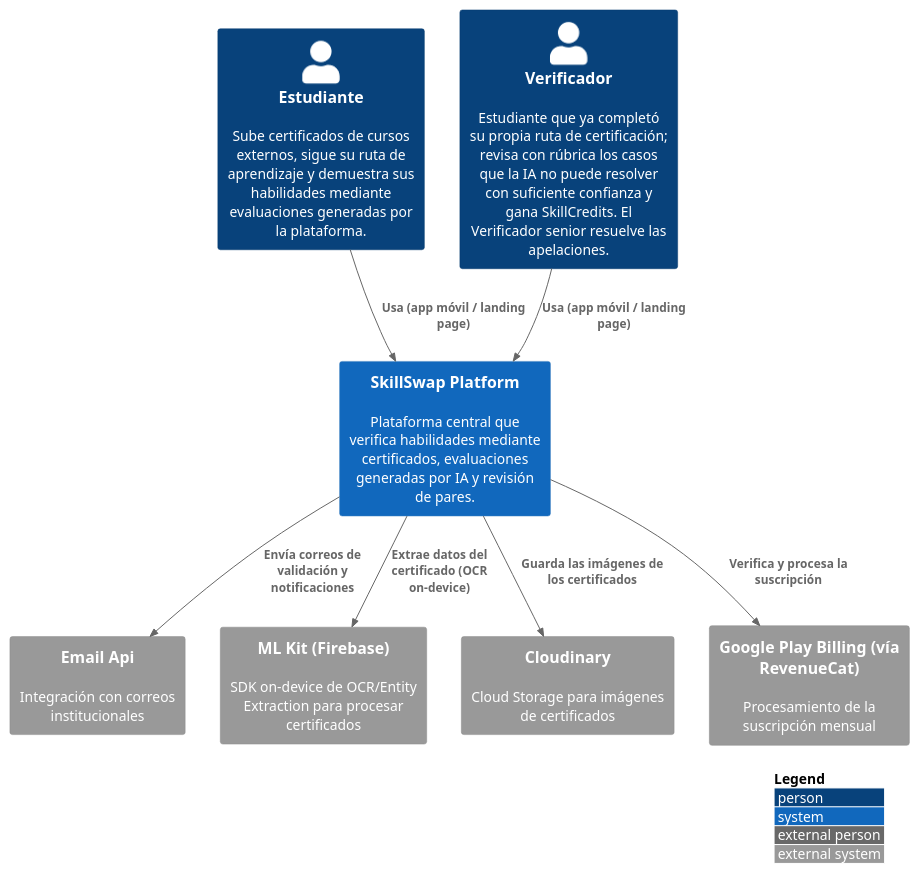
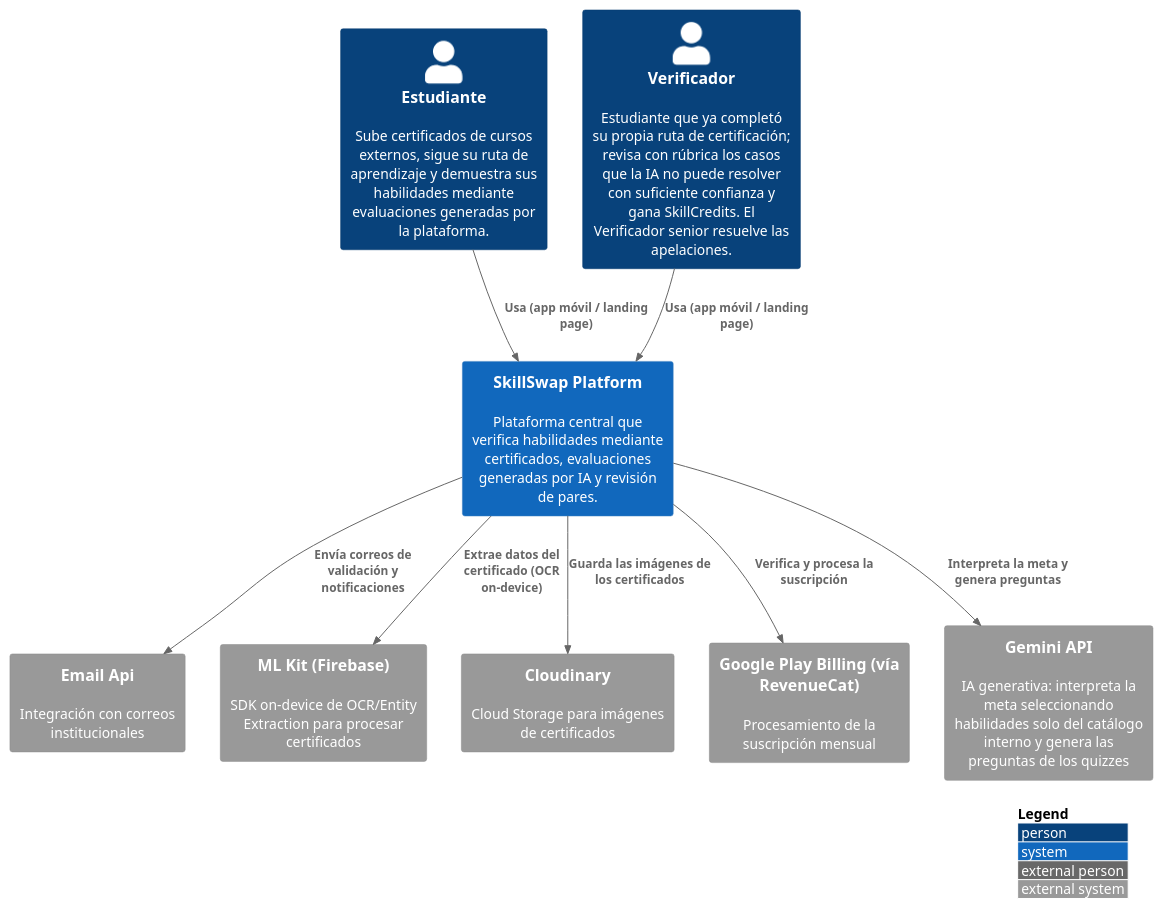
One commit to Aplicaciones-Dispositivos-Moviles/SkillSwap-ProjectReport changed the diagram in DB&C4/System_Context_Diagram.puml. Above: the diagram before and after it, drawn with PlantUML. The commit also changed 32 other files, not shown here.

First line of the commit message:
docs(images): regenerate C4, context map and class diagrams from updated PlantUML sources

```diff
--- a/DB&C4/System_Context_Diagram.puml
+++ b/DB&C4/System_Context_Diagram.puml
@@ -1,24 +1,26 @@
 @startuml SkillSwapSystemContext
 !include https://raw.githubusercontent.com/plantuml-stdlib/C4-PlantUML/master/C4_Context.puml
 
 LAYOUT_WITH_LEGEND()
 
 Person(student, "Estudiante", "Sube certificados de cursos externos, sigue su ruta de aprendizaje y demuestra sus habilidades mediante evaluaciones generadas por la plataforma.")
 Person(verifier, "Verificador", "Estudiante que ya completó su propia ruta de certificación; revisa con rúbrica los casos que la IA no puede resolver con suficiente confianza y gana SkillCredits. El Verificador senior resuelve las apelaciones.")
 
 System(skillSwapSystem, "SkillSwap Platform", "Plataforma central que verifica habilidades mediante certificados, evaluaciones generadas por IA y revisión de pares.")
 
 System_Ext(emailService, "Email Api", "Integración con correos institucionales")
 System_Ext(mlKitService, "ML Kit (Firebase)", "SDK on-device de OCR/Entity Extraction para procesar certificados")
 System_Ext(cloudStorage, "Cloudinary", "Cloud Storage para imágenes de certificados")
 System_Ext(googlePlayBilling, "Google Play Billing (vía RevenueCat)", "Procesamiento de la suscripción mensual")
+System_Ext(geminiApi, "Gemini API", "IA generativa: interpreta la meta seleccionando habilidades solo del catálogo interno y genera las preguntas de los quizzes")
 
 Rel(student, skillSwapSystem, "Usa (app móvil / landing page)")
 Rel(verifier, skillSwapSystem, "Usa (app móvil / landing page)")
 
 Rel(skillSwapSystem, emailService, "Envía correos de validación y notificaciones")
 Rel(skillSwapSystem, mlKitService, "Extrae datos del certificado (OCR on-device)")
 Rel(skillSwapSystem, cloudStorage, "Guarda las imágenes de los certificados")
 Rel(skillSwapSystem, googlePlayBilling, "Verifica y procesa la suscripción")
+Rel(skillSwapSystem, geminiApi, "Interpreta la meta y genera preguntas")
 
 @enduml
```
